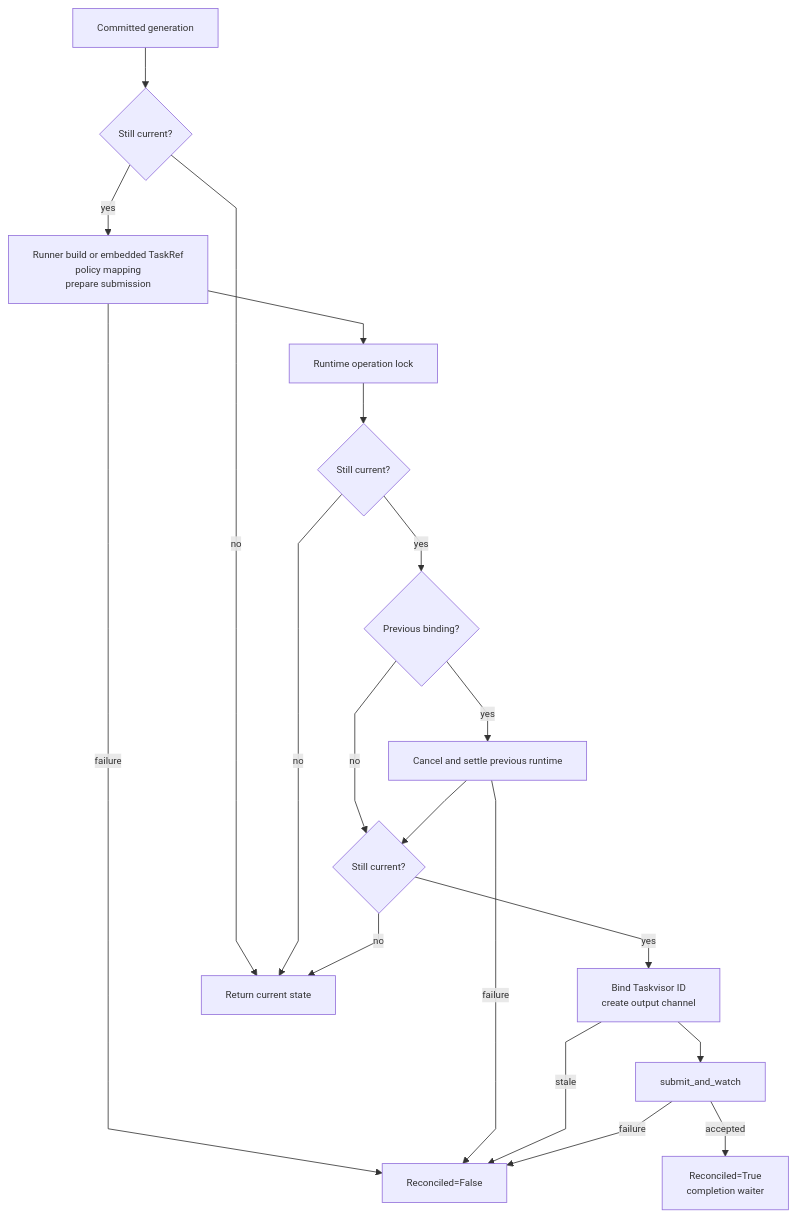
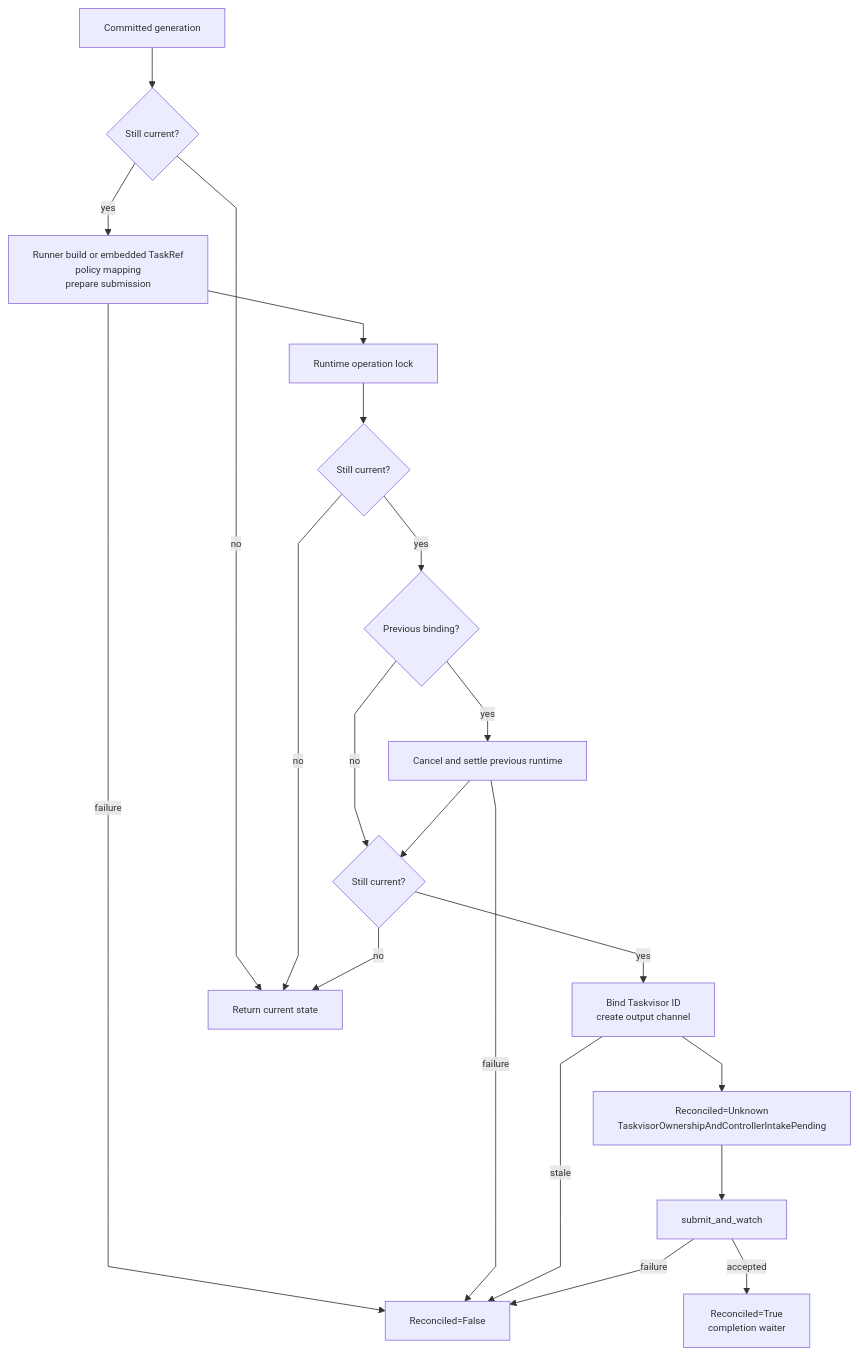
The fifth of 8 diagrams in crates/solti-core/ARCHITECTURE.md (soltiHQ/sdk), drawn with Mermaid before and after one commit. The commit also changed other lines of this file and 222 other files, not shown here.

````diff
--- a/crates/solti-core/ARCHITECTURE.md
+++ b/crates/solti-core/ARCHITECTURE.md
@@ -199,36 +218,38 @@
 ```mermaid
 %%{init: {"flowchart": {"curve": "linear"}, "themeVariables": {"fontSize": "12px"}}}%%
 flowchart TB
     Desired["Committed generation"]
     Current1{"Still current?"}
     Preflight["Runner build or embedded TaskRef<br/>policy mapping<br/>prepare submission"]
     RuntimeLock["Runtime operation lock"]
     Current2{"Still current?"}
     Previous{"Previous binding?"}
     Cancel["Cancel and settle previous runtime"]
     Current3{"Still current?"}
     Bind["Bind Taskvisor ID<br/>create output channel"]
+    IntakePending["Reconciled=Unknown<br/>TaskvisorOwnershipAndControllerIntakePending"]
     Submit["submit_and_watch"]
     Accepted["Reconciled=True<br/>completion waiter"]
     Failed["Reconciled=False"]
     Stale["Return current state"]
 
     Desired --> Current1
     Current1 -->|no| Stale
     Current1 -->|yes| Preflight
     Preflight -->|failure| Failed
     Preflight --> RuntimeLock
     RuntimeLock --> Current2
     Current2 -->|no| Stale
     Current2 -->|yes| Previous
     Previous -->|yes| Cancel
     Previous -->|no| Current3
     Cancel -->|failure| Failed
     Cancel --> Current3
     Current3 -->|no| Stale
     Current3 -->|yes| Bind
     Bind -->|stale| Failed
-    Bind --> Submit
+    Bind --> IntakePending
+    IntakePending --> Submit
     Submit -->|failure| Failed
     Submit -->|accepted| Accepted
 ```
````
